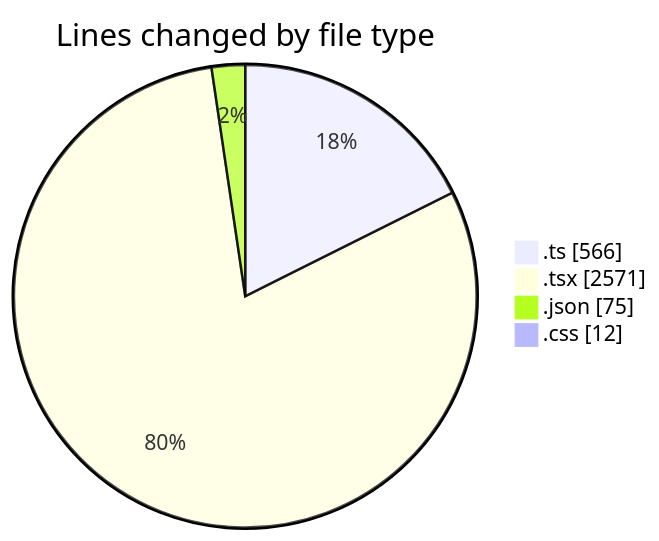
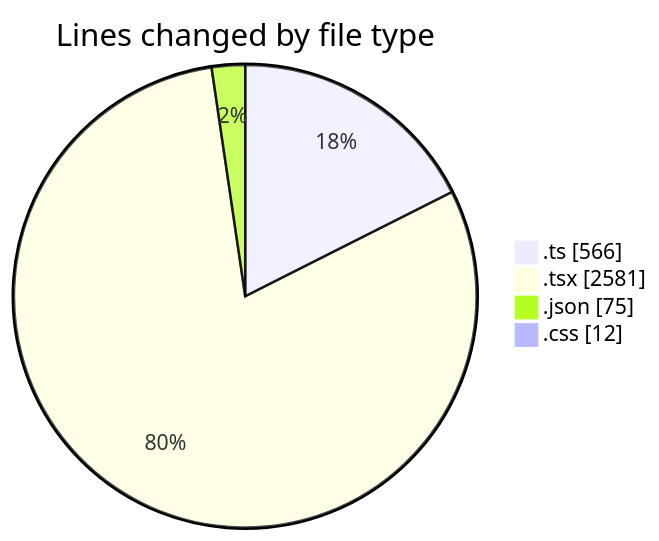
One commit to robertbonfada/code-tracking changed the first of 2 diagrams in 2025-01-27/termonied-web/README.md. Above: the diagram before and after it, drawn with Mermaid. The commit also changed other lines of this file and 1 other file, not shown here.

````diff
--- a/2025-01-27/termonied-web/README.md
+++ b/2025-01-27/termonied-web/README.md
@@ -31,8 +31,8 @@
 ```mermaid
 pie showData
 title Lines changed by file type
 ".ts" : 566
-".tsx" : 2571
+".tsx" : 2581
 ".json" : 75
 ".css" : 12
 ```
````
